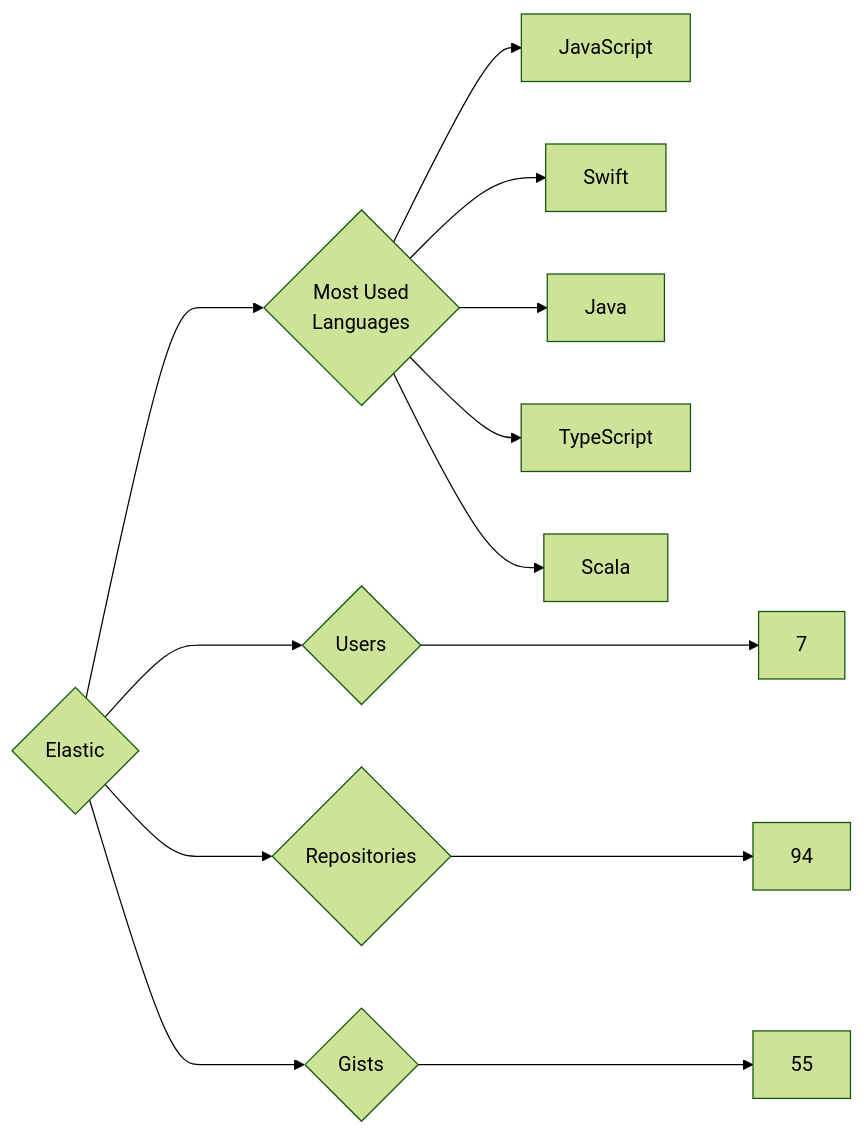
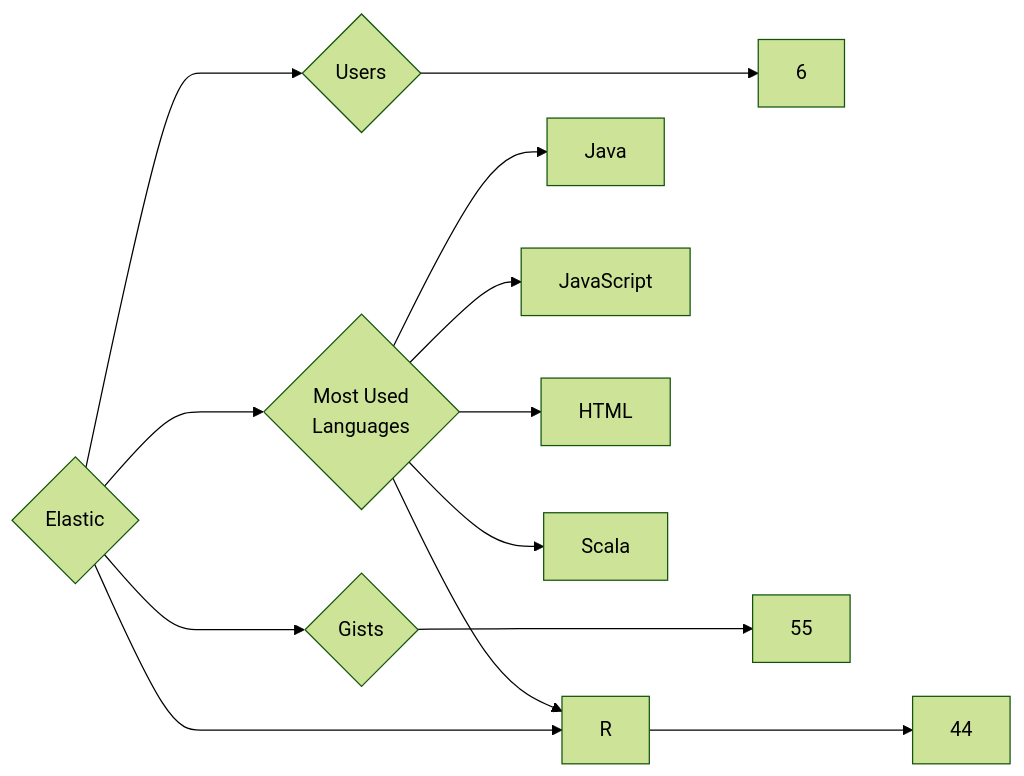
The diagram in targets/Elastic/README.md (trickest/insiders), drawn with Mermaid (forest theme) before and after one commit. The commit also changed 933 other files, not shown here.

````diff
--- a/targets/Elastic/README.md
+++ b/targets/Elastic/README.md
@@ -3,13 +3,13 @@
 ```mermaid
 graph LR
 COMPANY_NAME{Elastic}
-COMPANY_NAME ---> U{Users} ---> UN[7]
-COMPANY_NAME ---> R{Repositories} ---> RN[94]
+COMPANY_NAME ---> U{Users} ---> UN[6]
+COMPANY_NAME ---> R{Repositories} ---> RN[44]
 COMPANY_NAME ---> G{Gists} ---> GN[55]
 COMPANY_NAME ---> ML{Most Used<br>Languages}
+ML --> Java[Java]
 ML --> JavaScript[JavaScript]
-ML --> Swift[Swift]
-ML --> Java[Java]
-ML --> TypeScript[TypeScript]
+ML --> HTML[HTML]
 ML --> Scala[Scala]
+ML --> R[R]
 ```
````
